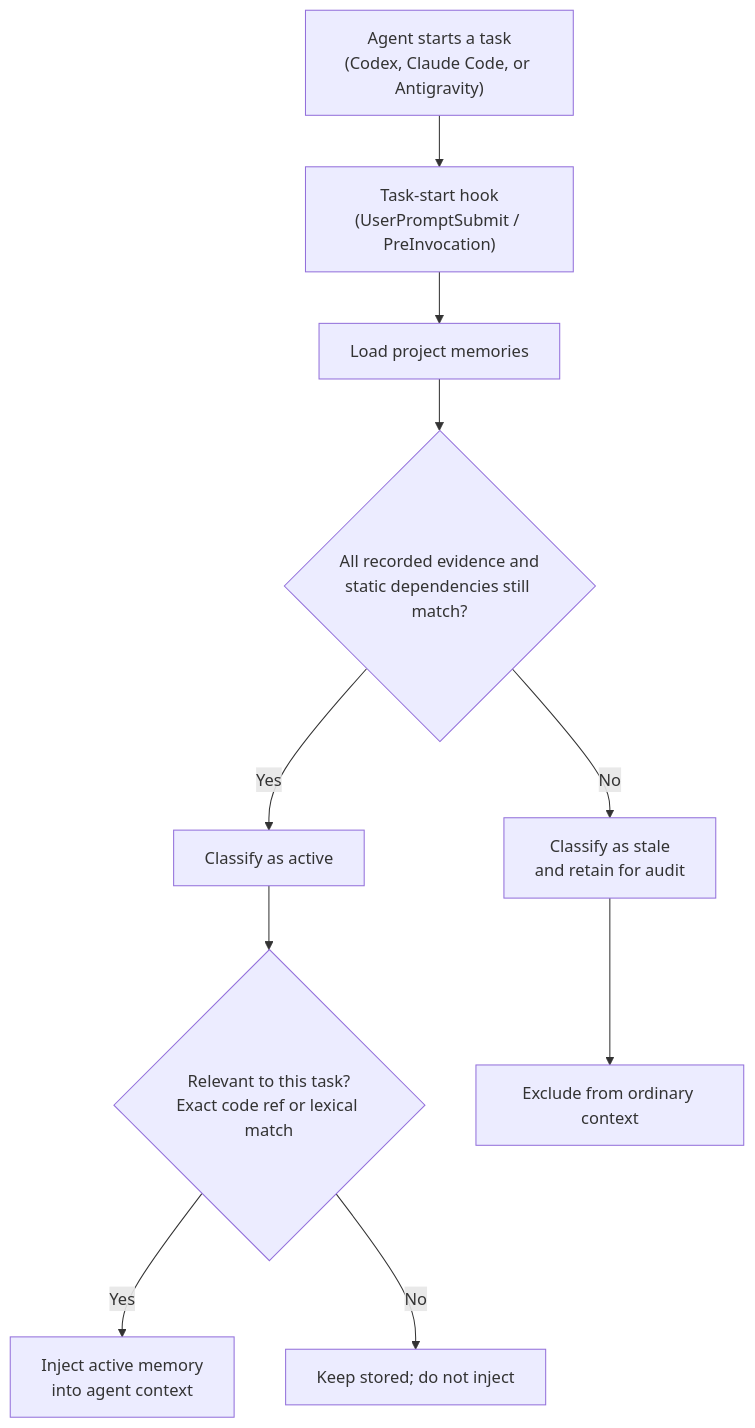
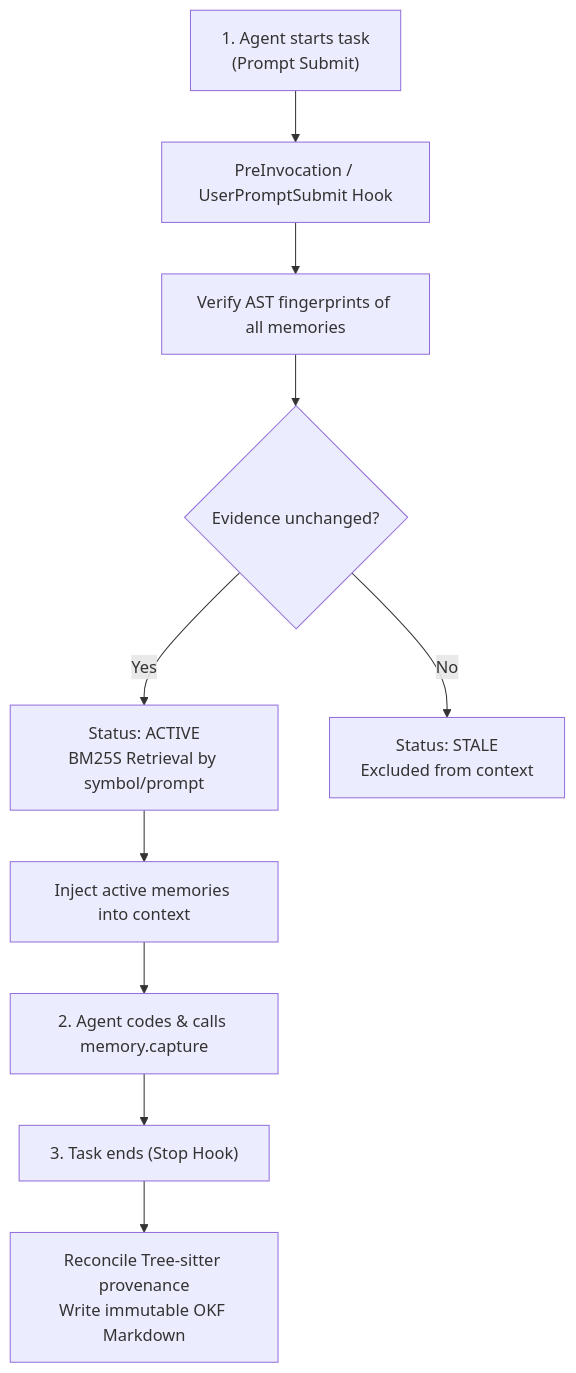
The diagram in README.md (fagnermourafeitosa/memory-stale), drawn with Mermaid before and after one commit. The commit also changed other lines of this file and 4 other files, not shown here.

````diff
--- a/README.md
+++ b/README.md
@@ -149,12 +82,12 @@
 ```mermaid
 flowchart TD
-    A["Agent starts a task<br/>(Codex, Claude Code, or Antigravity)"] --> B["Task-start hook<br/>(UserPromptSubmit / PreInvocation)"]
-    B --> C[Load project memories]
-    C --> D{"All recorded evidence and<br/>static dependencies still match?"}
-    D -->|Yes| E[Classify as active]
-    D -->|No| F["Classify as stale<br/>and retain for audit"]
-    E --> G{"Relevant to this task?<br/>Exact code ref or lexical match"}
-    G -->|Yes| H["Inject active memory<br/>into agent context"]
-    G -->|No| I[Keep stored; do not inject]
-    F --> J[Exclude from ordinary context]
+    A["1. Agent starts task<br/>(Prompt Submit)"] --> B["PreInvocation / UserPromptSubmit Hook"]
+    B --> C["Verify AST fingerprints of all memories"]
+    C --> D{"Evidence unchanged?"}
+    D -->|Yes| E["Status: ACTIVE<br/>BM25S Retrieval by symbol/prompt"]
+    D -->|No| F["Status: STALE<br/>Excluded from context"]
+    E --> G["Inject active memories into context"]
+    G --> H["2. Agent codes & calls memory.capture"]
+    H --> I["3. Task ends (Stop Hook)"]
+    I --> J["Reconcile Tree-sitter provenance<br/>Write immutable OKF Markdown"]
 ```
````
